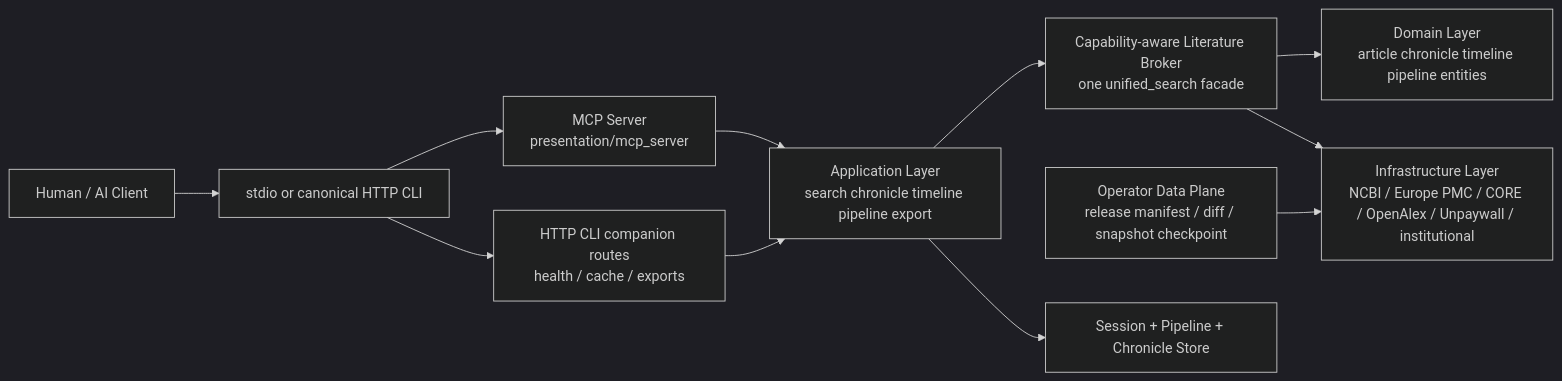
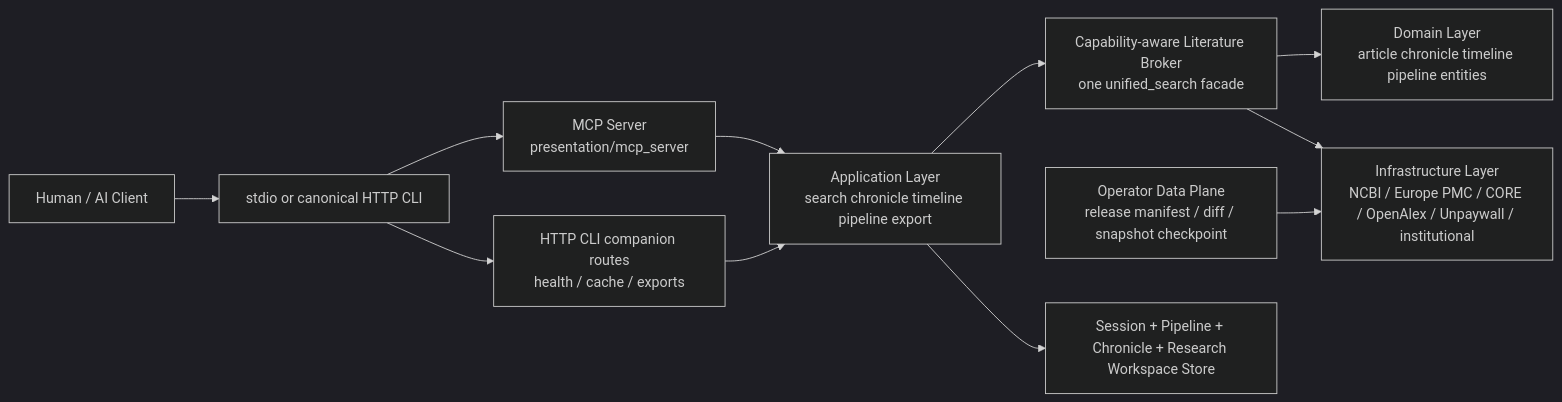
The third of 13 diagrams in ARCHITECTURE.md (u9401066/pubmed-search-mcp), drawn with Mermaid (dark theme) before and after one commit. The commit also changed other lines of this file and 22 other files, not shown here.

Commit message:
docs(workspace): connect research activities with evidence and existing search tools

````diff
--- a/ARCHITECTURE.md
+++ b/ARCHITECTURE.md
@@ -102,24 +119,24 @@
 ```mermaid
 flowchart LR
   Client[Human / AI Client]
   Transport[stdio or canonical HTTP CLI]
   MCP[MCP Server<br/>presentation/mcp_server]
   API[HTTP CLI companion routes<br/>health / cache / exports]
   App[Application Layer<br/>search chronicle timeline pipeline export]
   Broker[Capability-aware Literature Broker<br/>one unified_search facade]
   Domain[Domain Layer<br/>article chronicle timeline pipeline entities]
   Infra[Infrastructure Layer<br/>NCBI / Europe PMC / CORE / OpenAlex / Unpaywall / institutional]
   DataPlane[Operator Data Plane<br/>release manifest / diff / snapshot checkpoint]
-  Store[Session + Pipeline + Chronicle Store]
+  Store[Session + Pipeline + Chronicle + Research Workspace Store]
 
   Client --> Transport
   Transport --> MCP
   Transport --> API
   MCP --> App
   API --> App
   App --> Broker
   Broker --> Domain
   Broker --> Infra
   DataPlane --> Infra
   App --> Store
 ```
````
